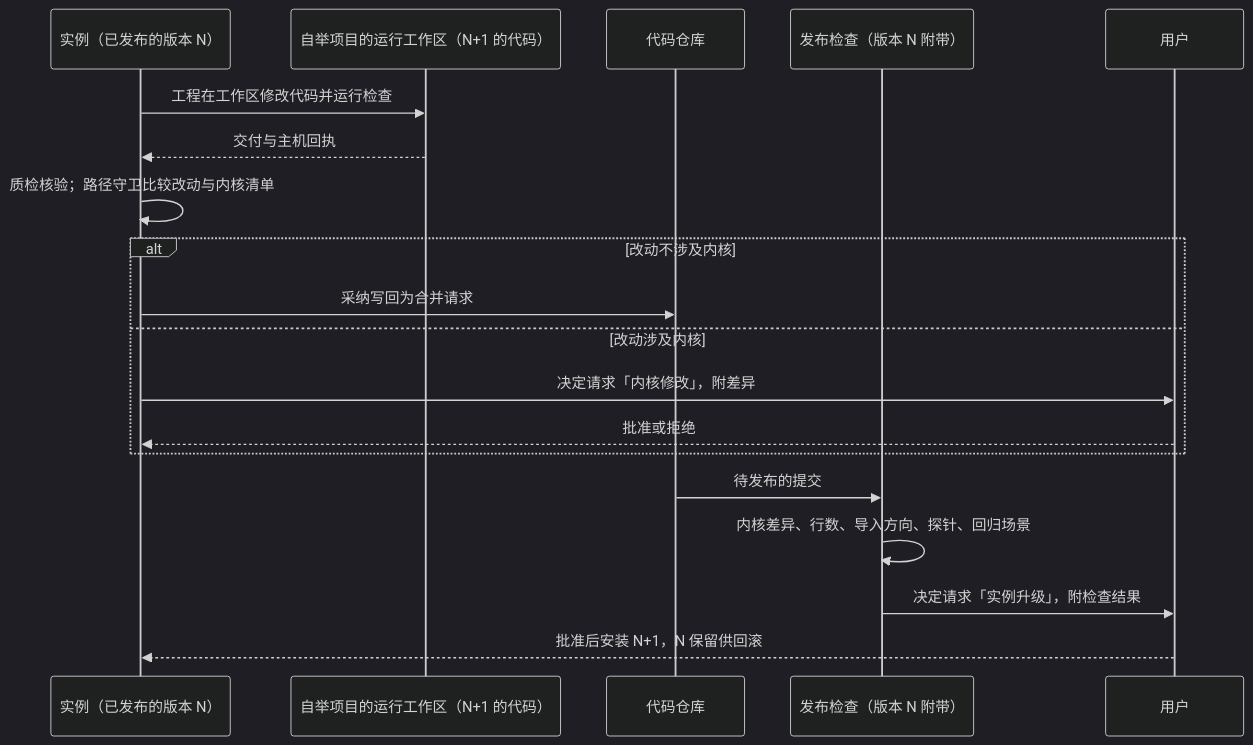
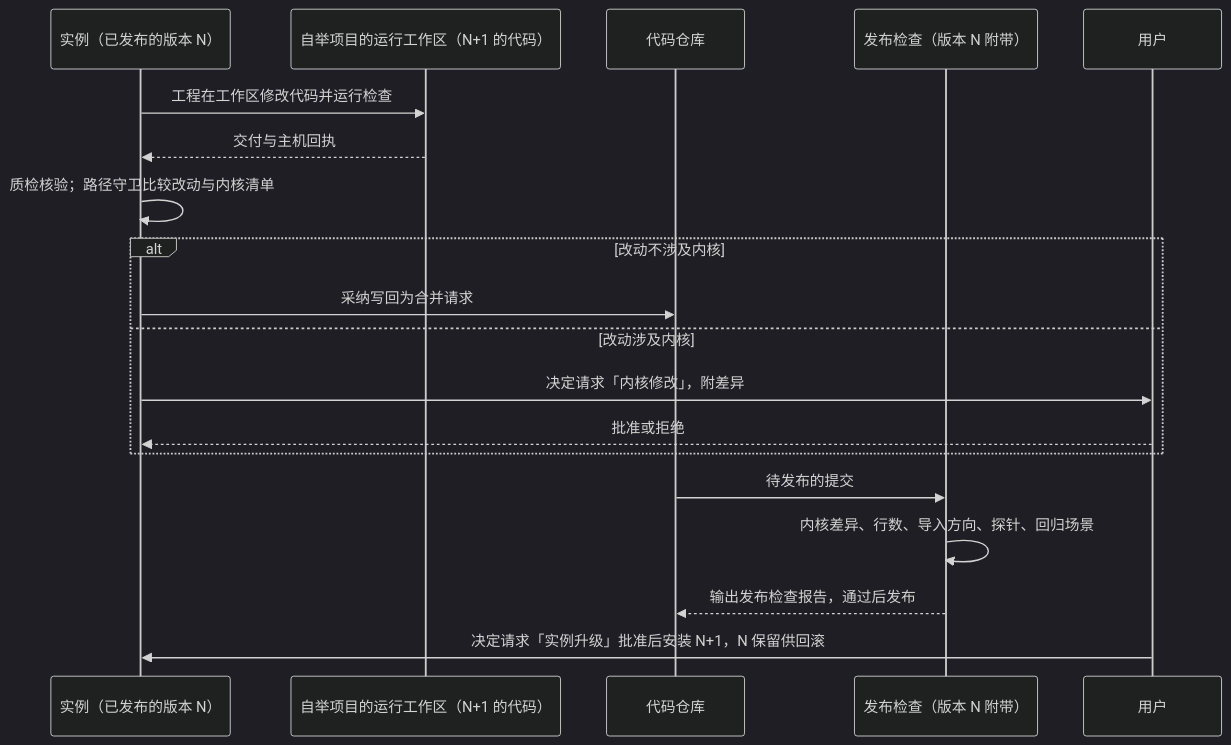
Before and after one commit to bender2333/yudao: the first of 2 diagrams in docs/design/trusted-kernel.md, drawn with Mermaid (dark theme). The commit also changed other lines of this file and 8 other files, not shown here.

````diff
--- a/docs/design/trusted-kernel.md
+++ b/docs/design/trusted-kernel.md
@@ -99,21 +99,21 @@
 ```mermaid
 sequenceDiagram
   participant N as 实例（已发布的版本 N）
   participant W as 自举项目的运行工作区（N+1 的代码）
   participant R as 代码仓库
   participant G as 发布检查（版本 N 附带）
   participant U as 用户
   N->>W: 工程在工作区修改代码并运行检查
   W-->>N: 交付与主机回执
   N->>N: 质检核验；路径守卫比较改动与内核清单
   alt 改动不涉及内核
     N->>R: 采纳写回为合并请求
   else 改动涉及内核
     N->>U: 决定请求「内核修改」，附差异
     U-->>N: 批准或拒绝
   end
   R->>G: 待发布的提交
   G->>G: 内核差异、行数、导入方向、探针、回归场景
-  G->>U: 决定请求「实例升级」，附检查结果
-  U-->>N: 批准后安装 N+1，N 保留供回滚
+  G-->>R: 输出发布检查报告，通过后发布
+  U->>N: 决定请求「实例升级」批准后安装 N+1，N 保留供回滚
 ```
````
